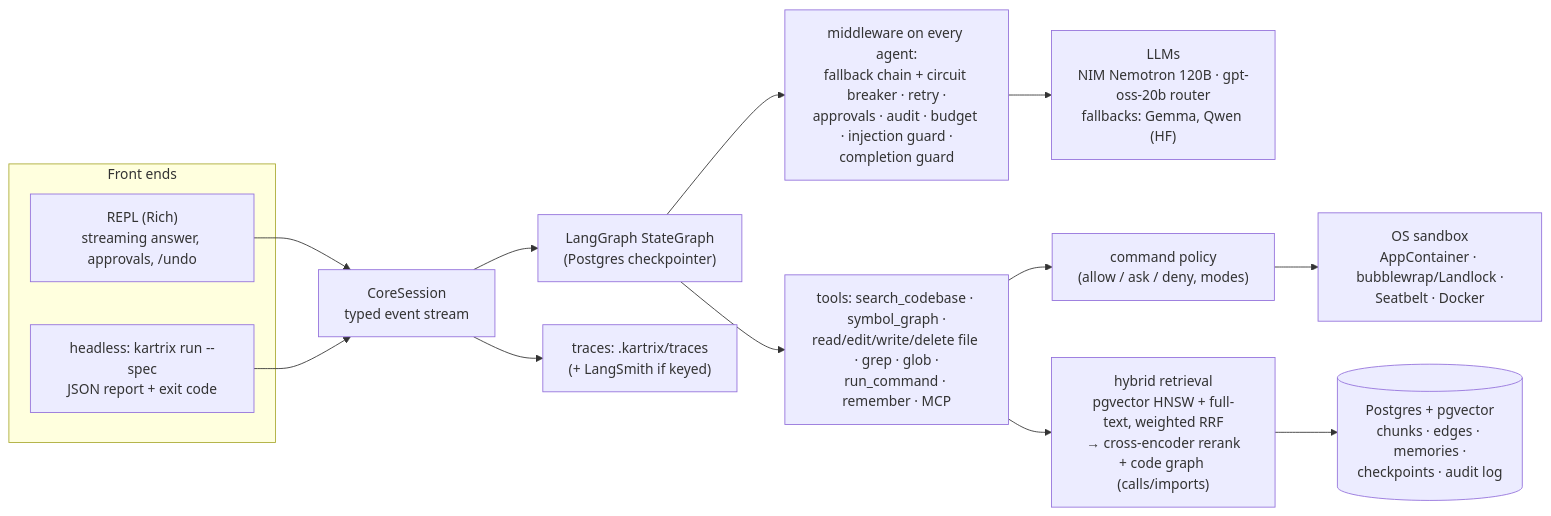
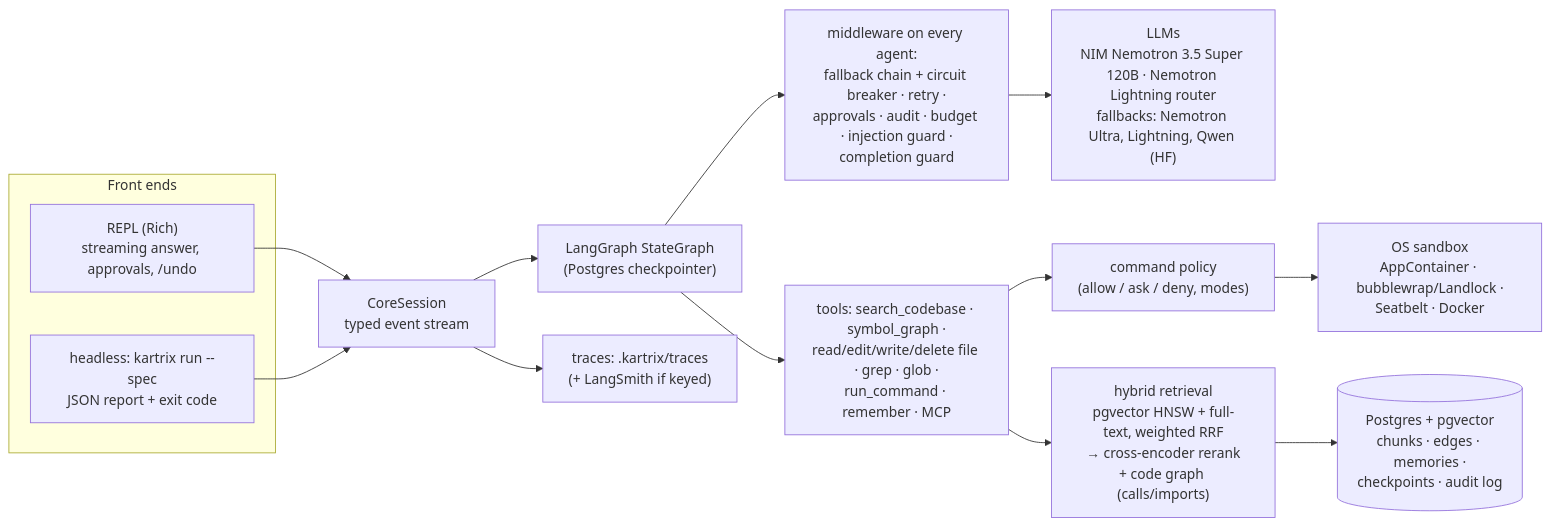
Before and after one commit to RoshanKarthik/Kartrix: the first of 2 diagrams in README.md, drawn with Mermaid. The commit also changed 3 other files, not shown here.

First line of the commit message:
fix(llm): default to Nemotron 3.5 Super after NIM retired Nemotron 3 Super

````diff
--- a/README.md
+++ b/README.md
@@ -56,16 +56,16 @@
 ```mermaid
 flowchart LR
     subgraph Front ends
         REPL["REPL (Rich)<br/>streaming answer, approvals, /undo"]
         HL["headless: kartrix run --spec<br/>JSON report + exit code"]
     end
     REPL & HL --> CORE["CoreSession<br/>typed event stream"]
     CORE --> G["LangGraph StateGraph<br/>(Postgres checkpointer)"]
     G --> MW["middleware on every agent:<br/>fallback chain + circuit breaker · retry ·<br/>approvals · audit · budget · injection guard ·<br/>completion guard"]
-    MW --> LLM["LLMs<br/>NIM Nemotron 120B · gpt-oss-20b router<br/>fallbacks: Gemma, Qwen (HF)"]
+    MW --> LLM["LLMs<br/>NIM Nemotron 3.5 Super 120B · Nemotron Lightning router<br/>fallbacks: Nemotron Ultra, Lightning, Qwen (HF)"]
     G --> TOOLS["tools: search_codebase · symbol_graph ·<br/>read/edit/write/delete file · grep · glob ·<br/>run_command · remember · MCP"]
     TOOLS --> POL["command policy<br/>(allow / ask / deny, modes)"] --> SBX["OS sandbox<br/>AppContainer · bubblewrap/Landlock ·<br/>Seatbelt · Docker"]
     TOOLS --> RAG["hybrid retrieval<br/>pgvector HNSW + full-text, weighted RRF<br/>→ cross-encoder rerank<br/>+ code graph (calls/imports)"]
     RAG --> PG[("Postgres + pgvector<br/>chunks · edges · memories ·<br/>checkpoints · audit log")]
     CORE --> TR["traces: .kartrix/traces<br/>(+ LangSmith if keyed)"]
 ```
````
